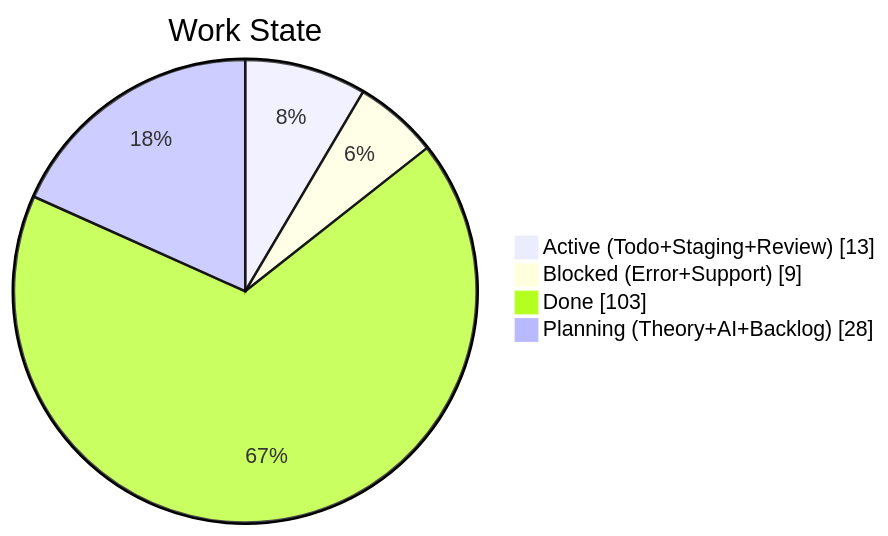
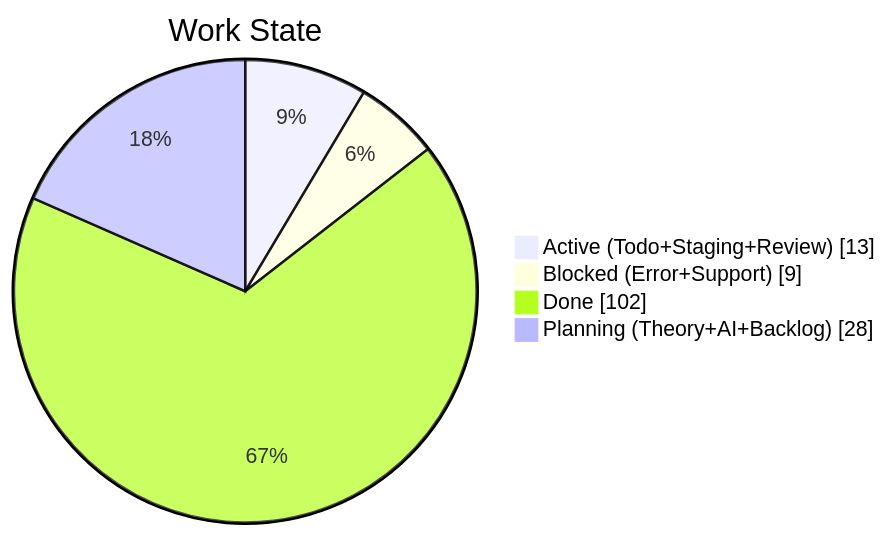
Before and after one commit to KBVE/kbve: the second of 4 diagrams in apps/kbve/astro-kbve/src/content/docs/dashboard/kanban-data.mdx, drawn with Mermaid. The commit also changed other lines of this file and 8 other files, not shown here.

````diff
--- a/apps/kbve/astro-kbve/src/content/docs/dashboard/kanban-data.mdx
+++ b/apps/kbve/astro-kbve/src/content/docs/dashboard/kanban-data.mdx
@@ -68,8 +68,8 @@
 ```mermaid
 pie showData
     title Work State
     "Active (Todo+Staging+Review)" : 13
     "Blocked (Error+Support)" : 9
-    "Done" : 103
+    "Done" : 102
     "Planning (Theory+AI+Backlog)" : 28
 ```
````
